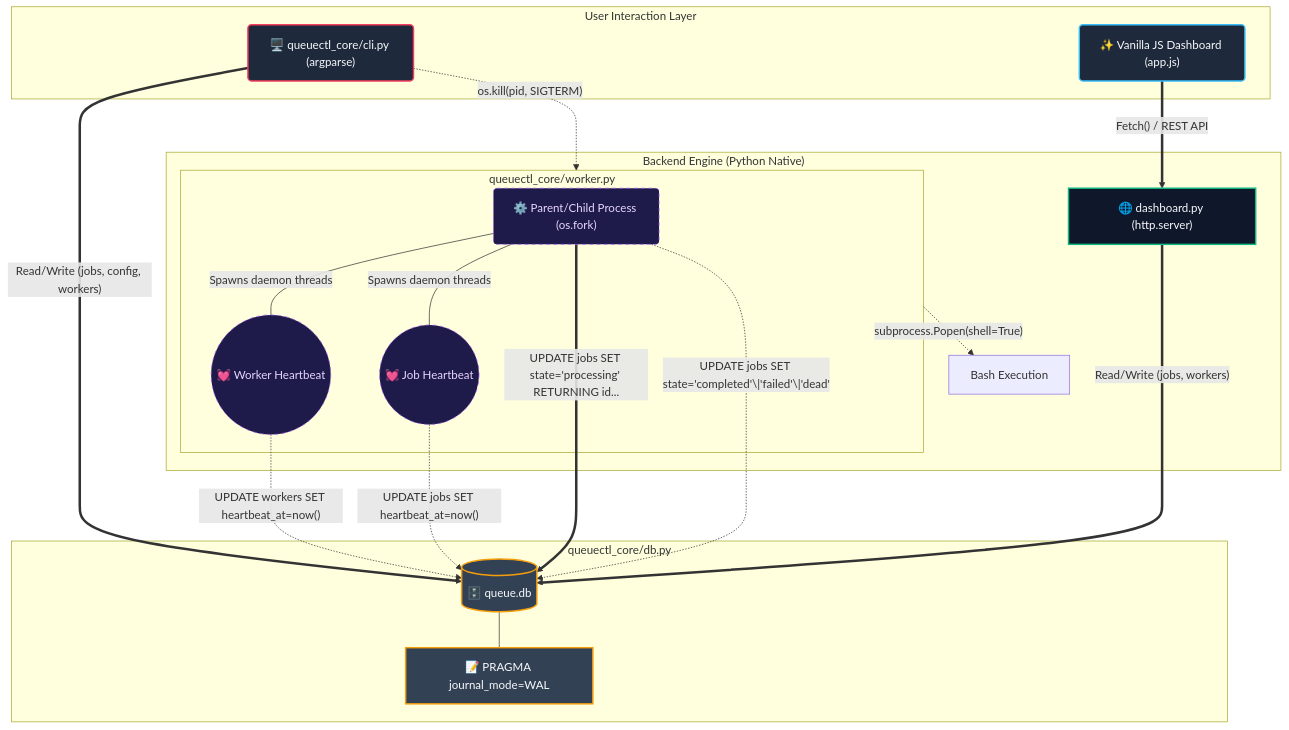
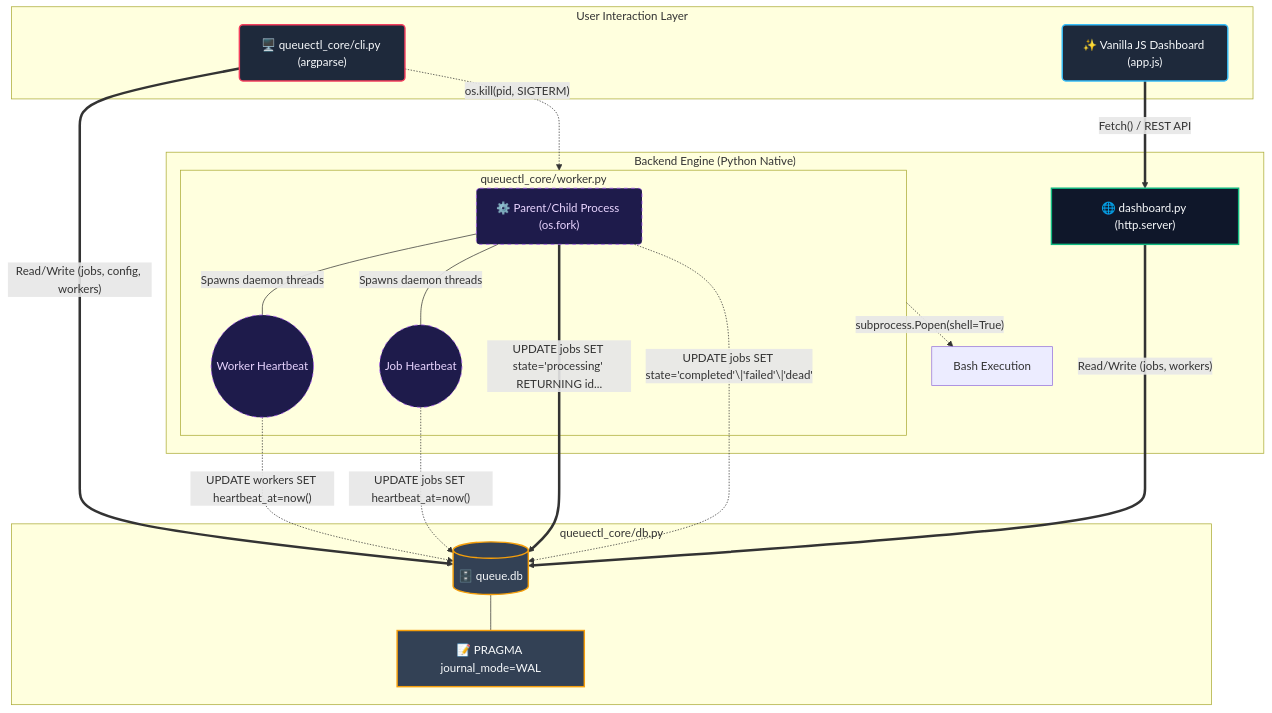
One commit to Harshkumar2306/QueueCTL changed the diagram in README.md. Above: the diagram before and after it, drawn with Mermaid.

````diff
--- a/README.md
+++ b/README.md
@@ -78,50 +78,50 @@
 ```mermaid
 graph TD
     %% Custom Premium Styling
     classDef frontend fill:#1e293b,stroke:#38bdf8,stroke-width:2px,color:#f8fafc
     classDef backend fill:#0f172a,stroke:#10b981,stroke-width:2px,color:#f8fafc
     classDef storage fill:#334155,stroke:#f59e0b,stroke-width:2px,color:#f8fafc
     classDef process fill:#1e1b4b,stroke:#a855f7,stroke-width:1px,stroke-dasharray: 5 5,color:#e9d5ff
     classDef cli fill:#1e293b,stroke:#f43f5e,stroke-width:2px,color:#f8fafc
 
     subgraph UserSpace ["User Interaction Layer"]
         CLI("🖥️ queuectl_core/cli.py (argparse)"):::cli
         UI("✨ Vanilla JS Dashboard (app.js)"):::frontend
     end
 
     subgraph Backend ["Backend Engine (Python Native)"]
         API["🌐 dashboard.py (http.server)"]:::backend
         
         subgraph Workers ["queuectl_core/worker.py"]
             W1("⚙️ Parent/Child Process (os.fork)"):::process
             
-            HB_W(("💓 Worker Heartbeat")):::process
-            HB_J(("💓 Job Heartbeat")):::process
+            HB_W(("Worker Heartbeat")):::process
+            HB_J(("Job Heartbeat")):::process
             
             W1 ---|"Spawns daemon threads"| HB_W
             W1 ---|"Spawns daemon threads"| HB_J
         end
         
         CLI -.->|"os.kill(pid, SIGTERM)"| Workers
         Workers -.->|"subprocess.Popen(shell=True)"| Bash["Bash Execution"]
     end
 
     subgraph Database ["queuectl_core/db.py"]
         DB[("🗄️ queue.db")]:::storage
         WAL["📝 PRAGMA journal_mode=WAL"]:::storage
         
         DB --- WAL
     end
 
     %% Routing & Data Flow
     UI ==>|"Fetch() / REST API"| API
     CLI ==>|"Read/Write (jobs, config, workers)"| DB
     API ==>|"Read/Write (jobs, workers)"| DB
     
     W1 ==>|"UPDATE jobs SET state='processing' RETURNING id..."| DB
     
     HB_W -.->|"UPDATE workers SET heartbeat_at=now()"| DB
     HB_J -.->|"UPDATE jobs SET heartbeat_at=now()"| DB
     
     W1 -.->|"UPDATE jobs SET state='completed'\|'failed'\|'dead'"| DB
 ```
````
